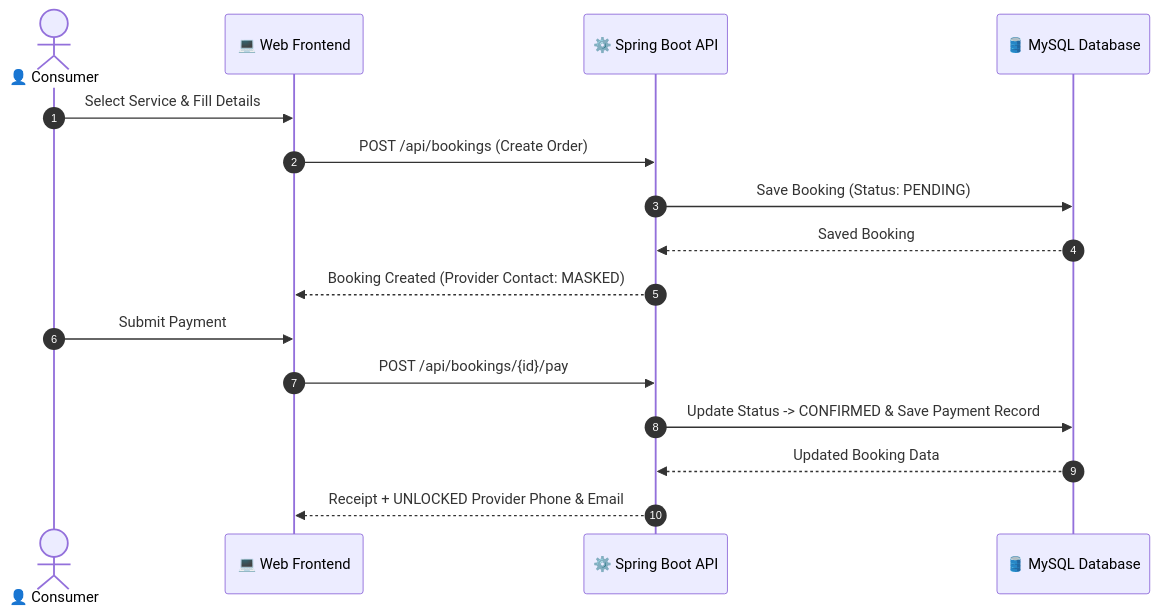
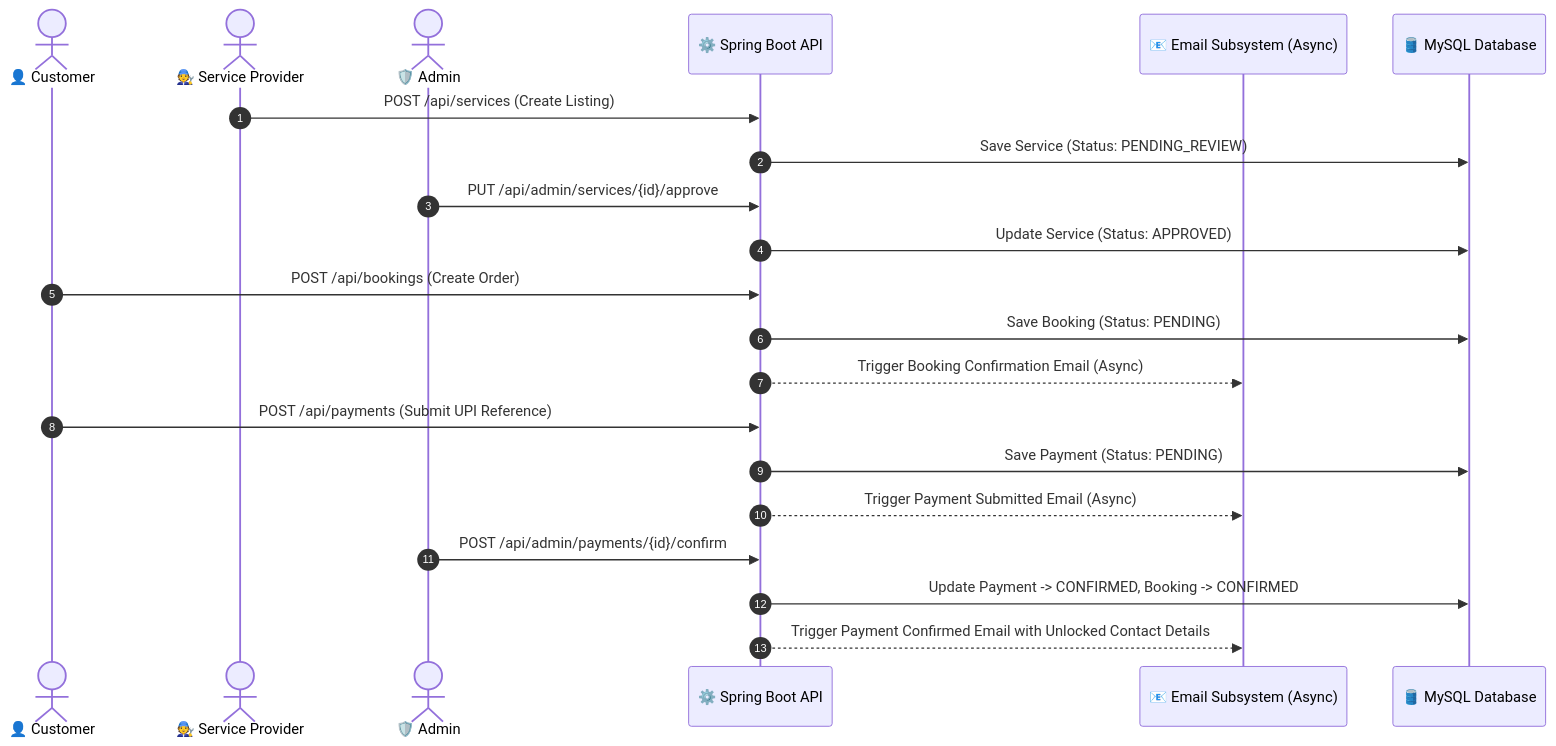
The diagram in README.md (Vishal8520/smart-service-marketplace), drawn with Mermaid before and after one commit. The commit also changed other lines of this file and 1 other file, not shown here.

Commit message:
feat: implement city-based service discovery and a reference-based UPI payment verification workflow

````diff
--- a/README.md
+++ b/README.md
@@ -82,20 +90,27 @@
 ```mermaid
 sequenceDiagram
     autonumber
-    actor Consumer as 👤 Consumer
-    participant Frontend as 💻 Web Frontend
+    actor Customer as 👤 Customer
+    actor Provider as 🧑‍🔧 Service Provider
+    actor Admin as 🛡️ Admin
     participant Backend as ⚙️ Spring Boot API
+    participant Mailer as 📧 Email Subsystem (Async)
     participant DB as 🛢️ MySQL Database
 
-    Consumer->>Frontend: Select Service & Fill Details
-    Frontend->>Backend: POST /api/bookings (Create Order)
+    Provider->>Backend: POST /api/services (Create Listing)
+    Backend->>DB: Save Service (Status: PENDING_REVIEW)
+    Admin->>Backend: PUT /api/admin/services/{id}/approve
+    Backend->>DB: Update Service (Status: APPROVED)
+
+    Customer->>Backend: POST /api/bookings (Create Order)
     Backend->>DB: Save Booking (Status: PENDING)
-    DB-->>Backend: Saved Booking
-    Backend-->>Frontend: Booking Created (Provider Contact: MASKED)
-    
-    Consumer->>Frontend: Submit Payment
-    Frontend->>Backend: POST /api/bookings/{id}/pay
-    Backend->>DB: Update Status -> CONFIRMED & Save Payment Record
-    DB-->>Backend: Updated Booking Data
-    Backend-->>Frontend: Receipt + UNLOCKED Provider Phone & Email
+    Backend-->>Mailer: Trigger Booking Confirmation Email (Async)
+
+    Customer->>Backend: POST /api/payments (Submit UPI Reference)
+    Backend->>DB: Save Payment (Status: PENDING)
+    Backend-->>Mailer: Trigger Payment Submitted Email (Async)
+
+    Admin->>Backend: POST /api/admin/payments/{id}/confirm
+    Backend->>DB: Update Payment -> CONFIRMED, Booking -> CONFIRMED
+    Backend-->>Mailer: Trigger Payment Confirmed Email with Unlocked Contact Details
 ```
````
